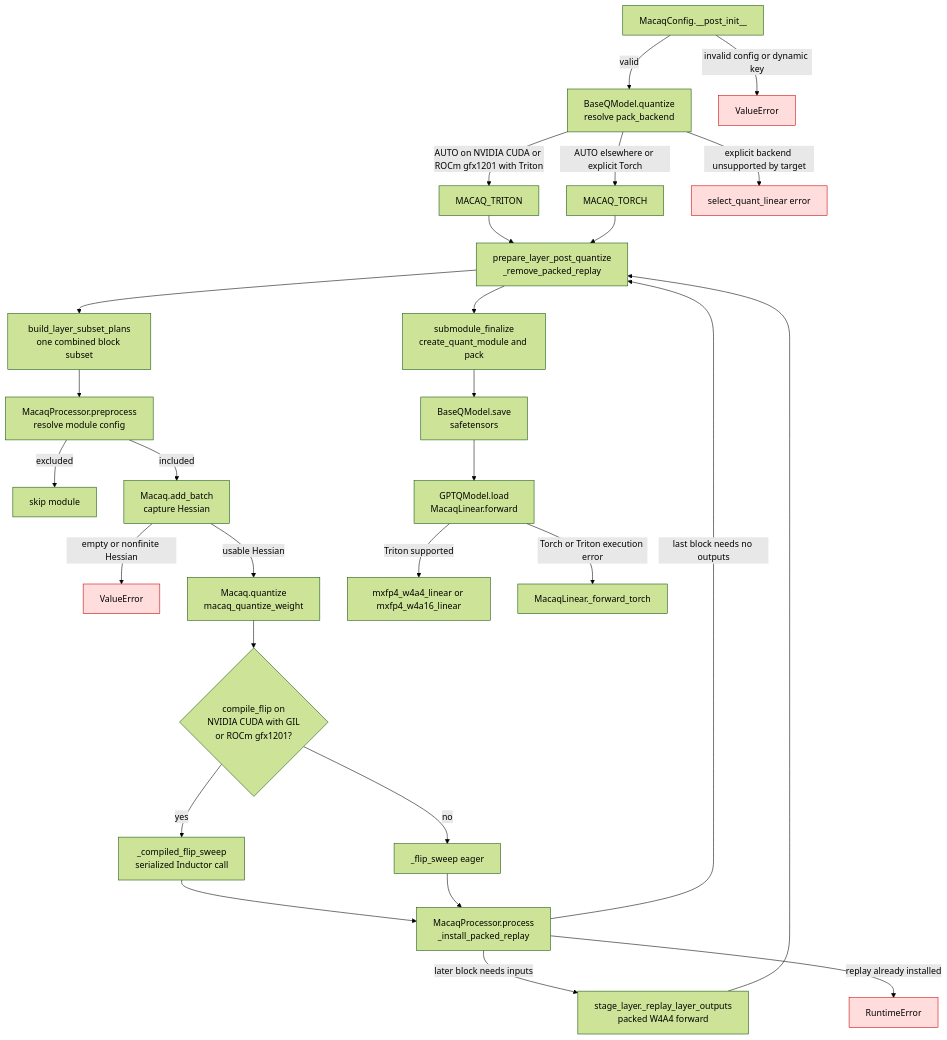
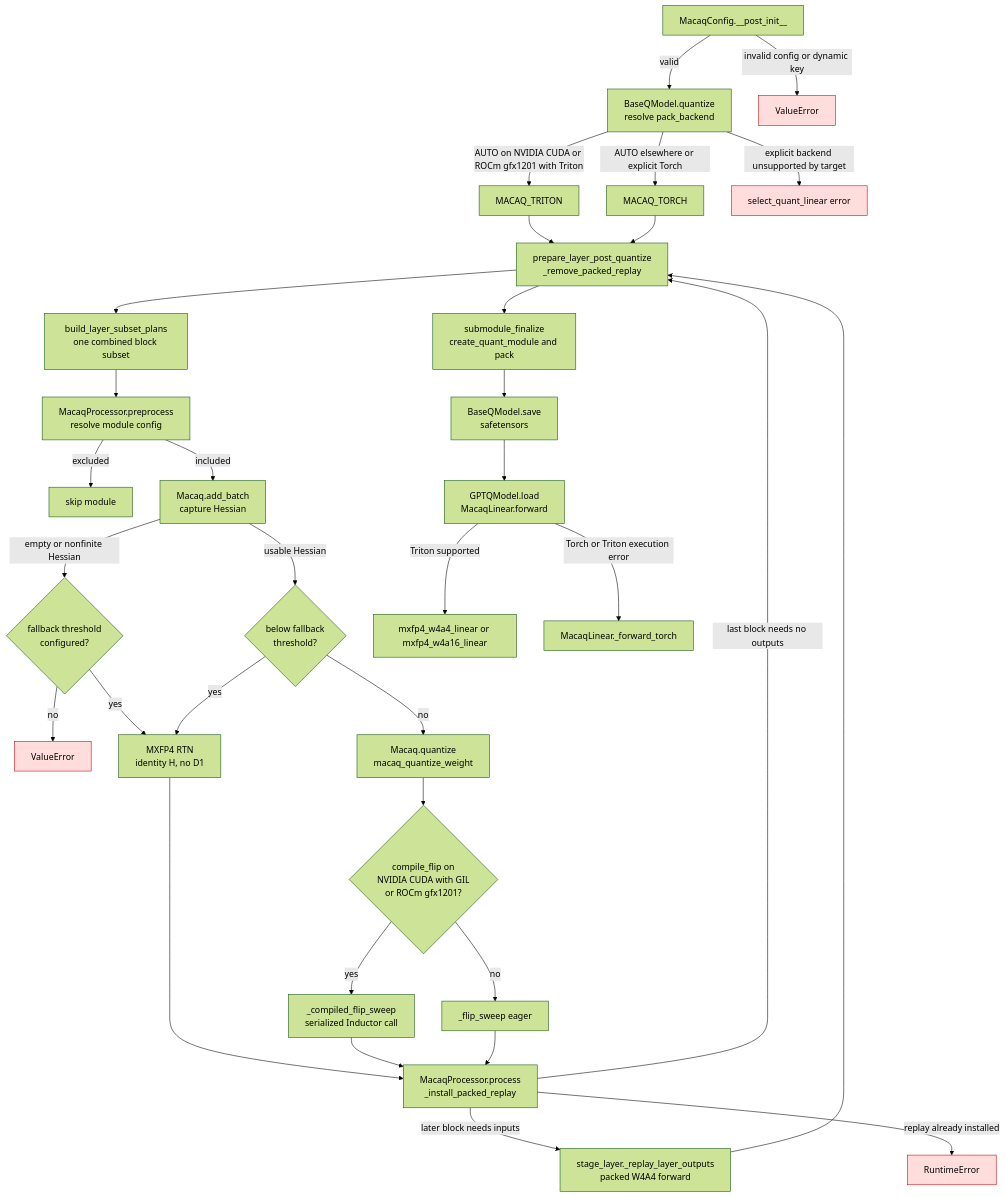
One commit to ModelCloud/GPTQModel changed the first of 2 diagrams in docs/macaq.md. Above: the diagram before and after it, drawn with Mermaid (forest theme). The commit also changed other lines of this file and 9 other files, not shown here.

````diff
--- a/docs/macaq.md
+++ b/docs/macaq.md
@@ -78,32 +78,37 @@
 ```mermaid
 flowchart TD
     A["MacaqConfig.__post_init__"] -->|valid| B["BaseQModel.quantize<br/>resolve pack_backend"]
     A -->|invalid config or dynamic key| F1["ValueError"]
     B -->|AUTO on NVIDIA CUDA or ROCm gfx1201 with Triton| T["MACAQ_TRITON"]
     B -->|AUTO elsewhere or explicit Torch| P["MACAQ_TORCH"]
     B -->|explicit backend unsupported by target| F2["select_quant_linear error"]
     T --> C["QuantizationRunPlan.build"]
     P --> C
     C --> S1["build_layer_subset_plans<br/>one combined block subset"]
     S1 --> D["MacaqProcessor.preprocess<br/>resolve module config"]
     D -->|excluded| S["skip module"]
     D -->|included| E["Macaq.add_batch<br/>capture Hessian"]
-    E -->|empty or nonfinite Hessian| F3["ValueError"]
-    E -->|usable Hessian| Q["Macaq.quantize<br/>macaq_quantize_weight"]
+    E -->|empty or nonfinite Hessian| FB{"fallback threshold<br/>configured?"}
+    FB -->|no| F3["ValueError"]
+    E -->|usable Hessian| FB2{"below fallback<br/>threshold?"}
+    FB2 -->|no| Q["Macaq.quantize<br/>macaq_quantize_weight"]
+    FB -->|yes| RTN["MXFP4 RTN<br/>identity H, no D1"]
+    FB2 -->|yes| RTN
+    RTN --> R
     Q --> CF{"compile_flip on<br/>NVIDIA CUDA with GIL<br/>or ROCm gfx1201?"}
     CF -->|yes| KC["_compiled_flip_sweep<br/>serialized Inductor call"]
     CF -->|no| KE["_flip_sweep eager"]
     KC --> R["MacaqProcessor.process<br/>_install_packed_replay"]
     KE --> R
     R -->|later block needs inputs| F["stage_layer._replay_layer_outputs<br/>packed W4A4 forward"]
     R -->|last block needs no outputs| C["prepare_layer_post_quantize<br/>_remove_packed_replay"]
     F --> C
     R -->|replay already installed| F4["RuntimeError"]
     C --> U["submodule_finalize<br/>create_quant_module and pack"]
     U --> V["BaseQModel.save<br/>safetensors"]
     V --> L["GPTQModel.load<br/>MacaqLinear.forward"]
     L -->|Triton supported| K["mxfp4_w4a4_linear or mxfp4_w4a16_linear"]
     L -->|Torch or Triton execution error| O["MacaqLinear._forward_torch"]
     classDef error fill:#fdd,stroke:#c00,color:#000;
     class F1,F2,F3,F4 error;
 ```
````
